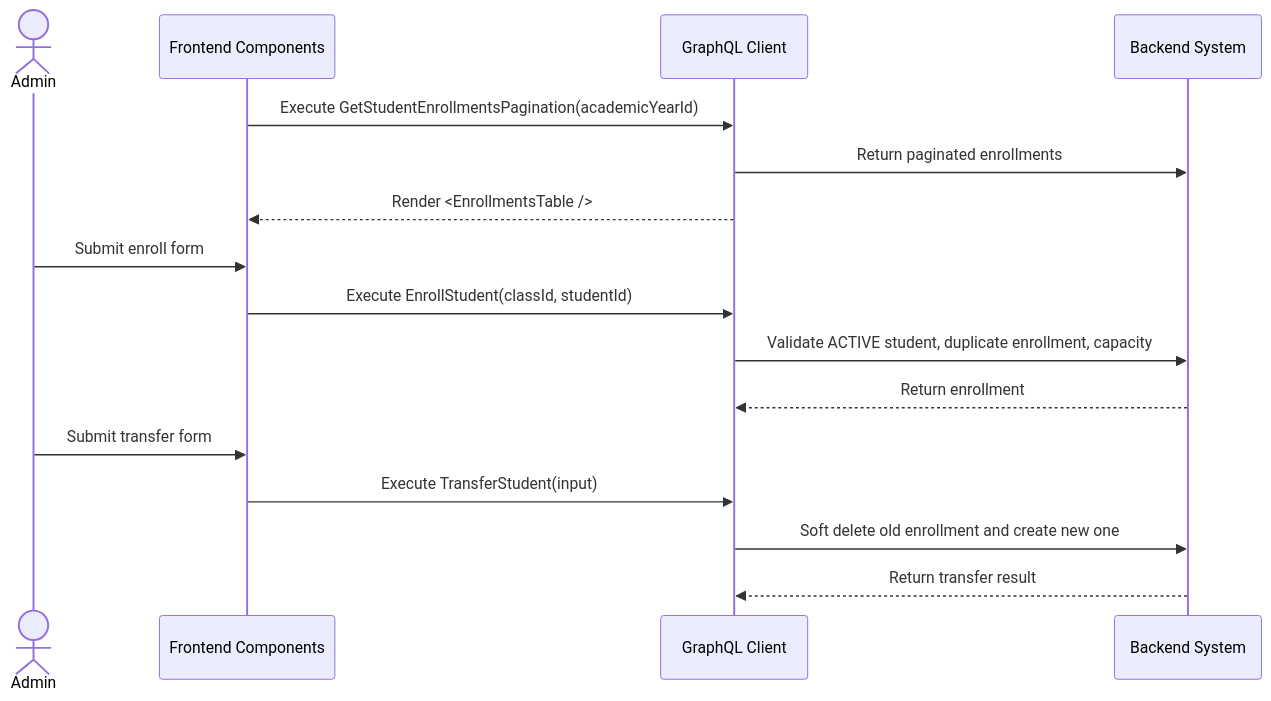
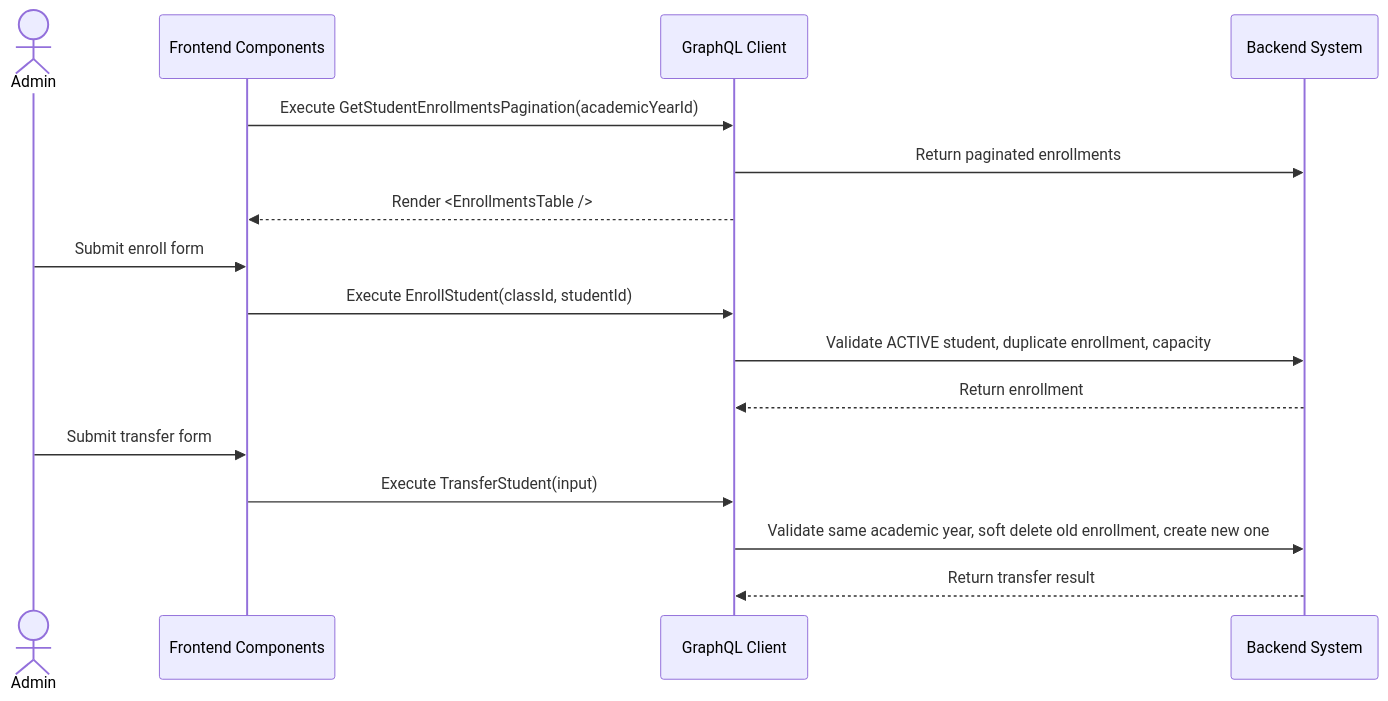
The diagram in docs/workflow/student-enrollment-and-transfer(low).md (iftikharfadjar/docs-kindergarten-mgt), drawn with Mermaid before and after one commit. The commit also changed other lines of this file and 34 other files, not shown here.

````diff
--- a/docs/workflow/student-enrollment-and-transfer(low).md
+++ b/docs/workflow/student-enrollment-and-transfer(low).md
@@ -147,21 +148,21 @@
 ```mermaid
 sequenceDiagram
     actor Admin
     participant UI as Frontend Components
     participant GQL as GraphQL Client
     participant API as Backend System
 
     UI->>GQL: Execute GetStudentEnrollmentsPagination(academicYearId)
     GQL->>API: Return paginated enrollments
     GQL-->>UI: Render <EnrollmentsTable />
 
     Admin->>UI: Submit enroll form
     UI->>GQL: Execute EnrollStudent(classId, studentId)
     GQL->>API: Validate ACTIVE student, duplicate enrollment, capacity
     API-->>GQL: Return enrollment
 
     Admin->>UI: Submit transfer form
     UI->>GQL: Execute TransferStudent(input)
-    GQL->>API: Soft delete old enrollment and create new one
+    GQL->>API: Validate same academic year, soft delete old enrollment, create new one
     API-->>GQL: Return transfer result
 ```
````
